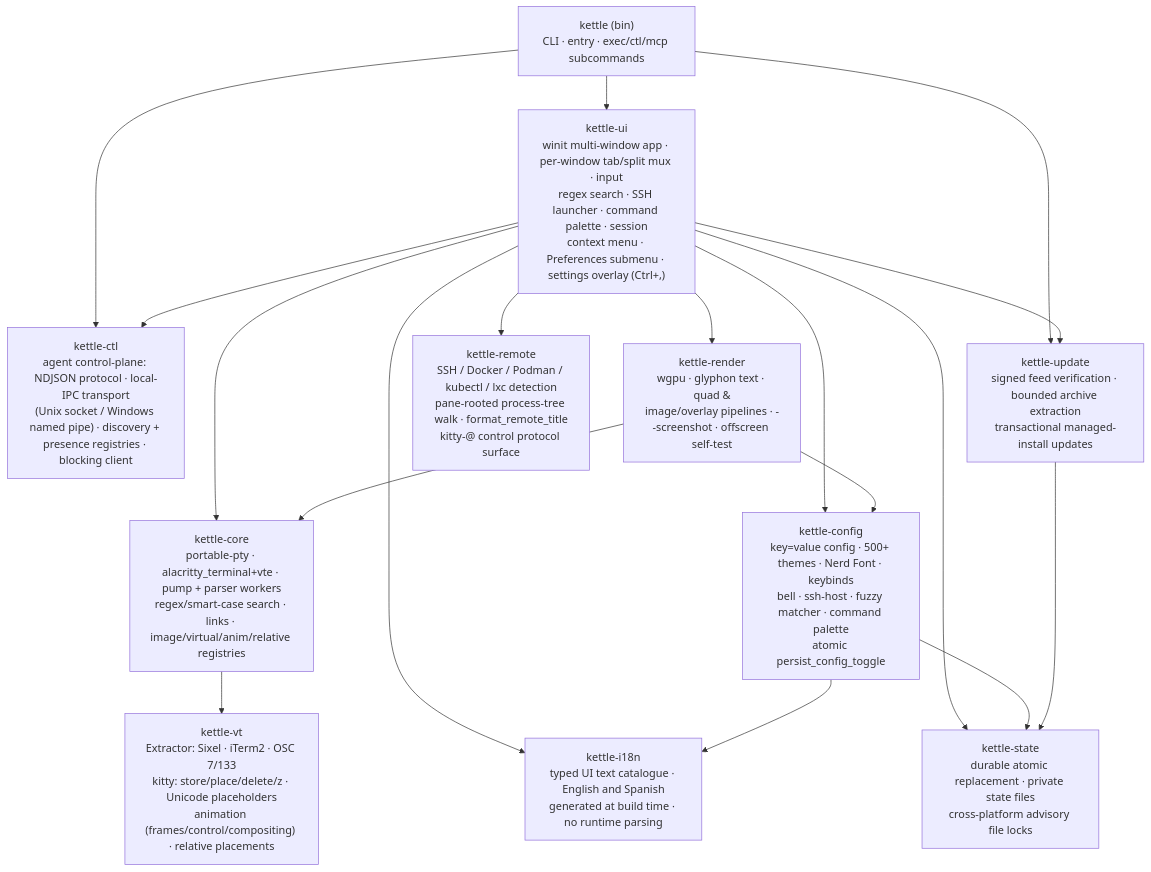
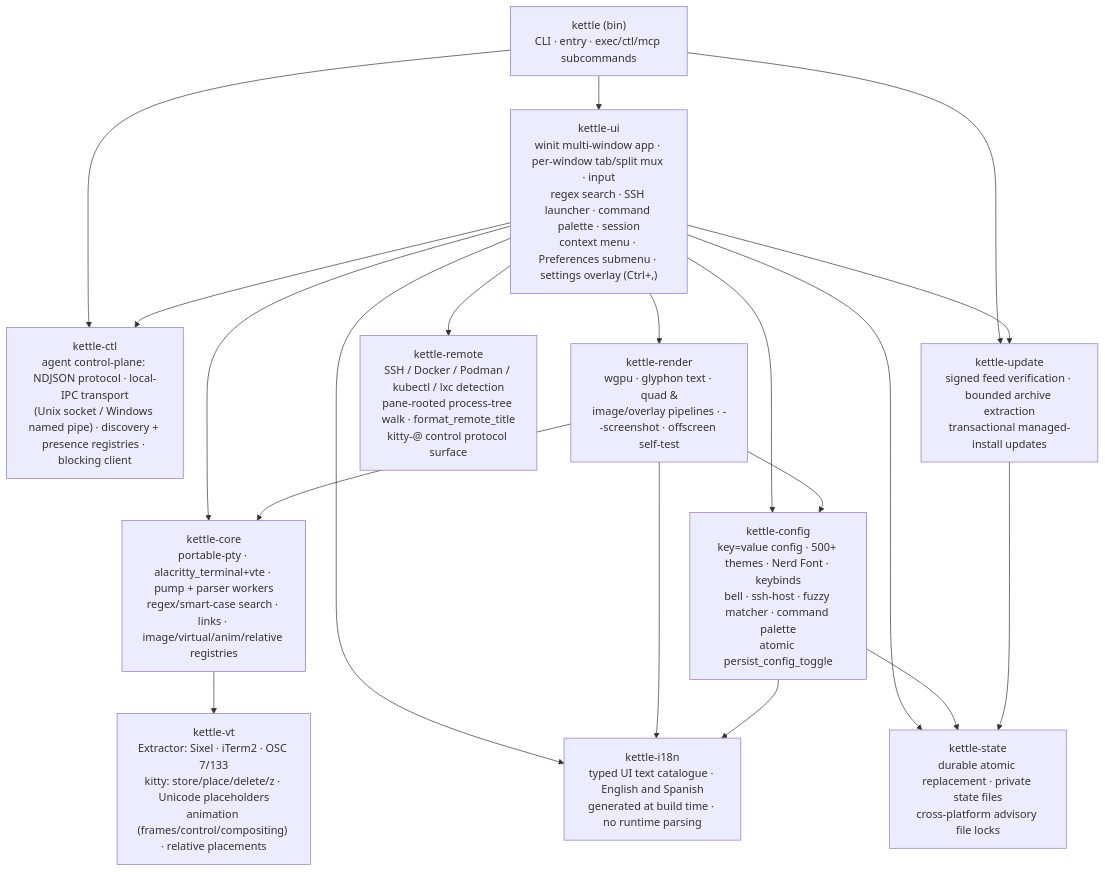
The first of 11 diagrams in docs/ARCHITECTURE.md (Reddimus/kettle), drawn with Mermaid before and after one commit. The commit also changed other lines of this file and 9 other files, not shown here.

````diff
--- a/docs/ARCHITECTURE.md
+++ b/docs/ARCHITECTURE.md
@@ -10,25 +10,26 @@
 ```mermaid
 graph TD
     bin["kettle (bin)<br/>CLI · entry · exec/ctl/mcp subcommands"] --> ui
     bin --> ctl
     bin --> update
     ui["kettle-ui<br/>winit multi-window app · per-window tab/split mux · input<br/>regex search · SSH launcher · command palette · session<br/>context menu · Preferences submenu · settings overlay (Ctrl+,)"] --> render
     ui --> core
     ui --> cfg
     ui --> remote
     ui --> ctl
     ui --> state
     ui --> update
     ui --> i18n
     i18n["kettle-i18n<br/>typed UI text catalogue · English and Spanish<br/>generated at build time · no runtime parsing"]
     ctl["kettle-ctl<br/>agent control-plane: NDJSON protocol · local-IPC transport<br/>(Unix socket / Windows named pipe) · discovery + presence registries · blocking client"]
     render["kettle-render<br/>wgpu · glyphon text · quad &<br/>image/overlay pipelines · --screenshot · offscreen self-test"] --> core
     render --> cfg
+    render --> i18n
     core["kettle-core<br/>portable-pty · alacritty_terminal+vte · pump + parser workers<br/>regex/smart-case search · links · image/virtual/anim/relative registries"] --> vt
     cfg --> i18n
     cfg["kettle-config<br/>key=value config · 500+ themes · Nerd Font · keybinds<br/>bell · ssh-host · fuzzy matcher · command palette<br/>atomic persist_config_toggle"] --> state
     vt["kettle-vt<br/>Extractor: Sixel · iTerm2 · OSC 7/133<br/>kitty: store/place/delete/z · Unicode placeholders<br/>animation (frames/control/compositing) · relative placements"]
     remote["kettle-remote<br/>SSH / Docker / Podman / kubectl / lxc detection<br/>pane-rooted process-tree walk · format_remote_title<br/>kitty-@ control protocol surface"]
     update["kettle-update<br/>signed feed verification · bounded archive extraction<br/>transactional managed-install updates"] --> state
     state["kettle-state<br/>durable atomic replacement · private state files<br/>cross-platform advisory file locks"]
 ```
````
